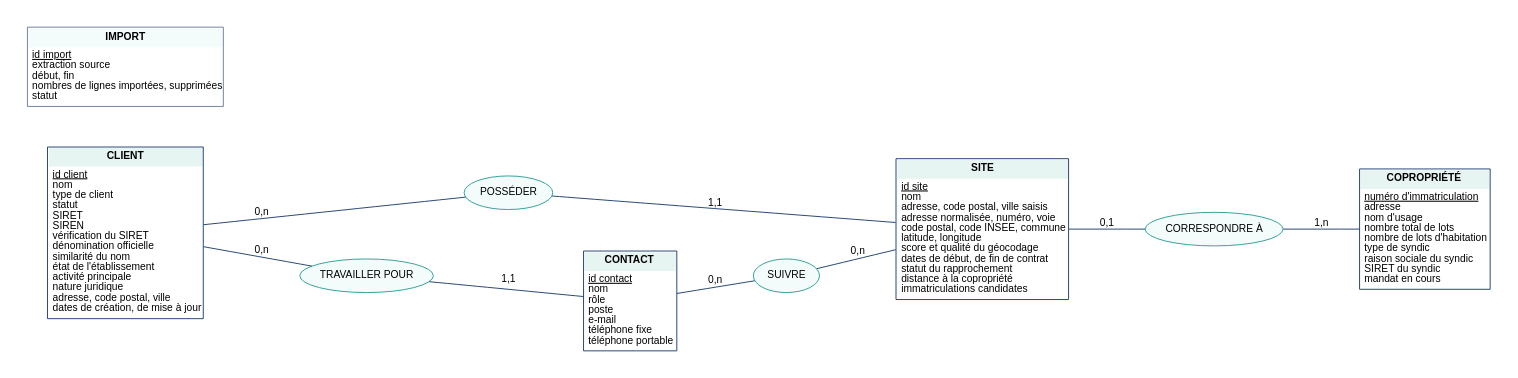
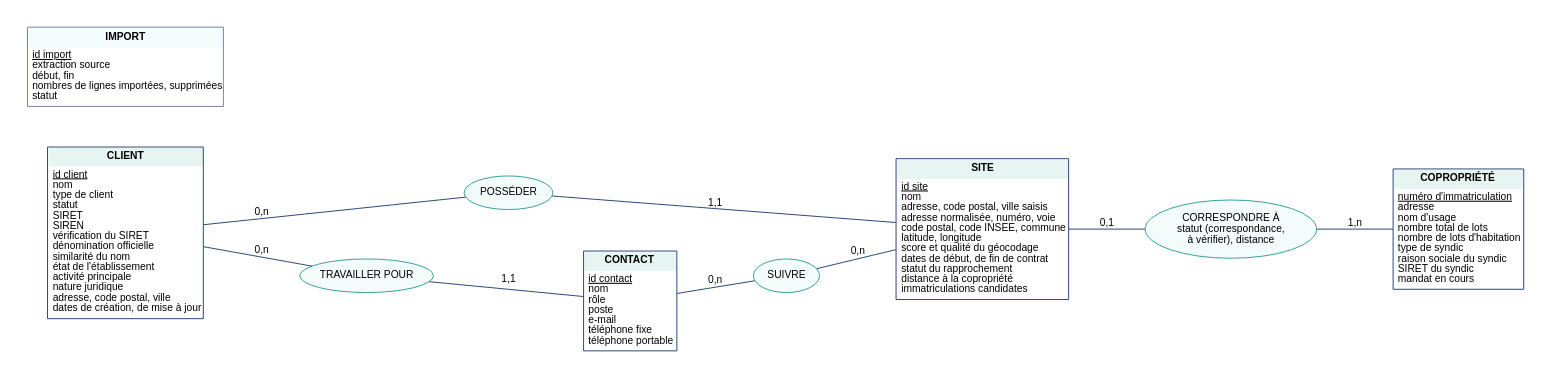
The diagram in docs/merise/mcd.dot (nexo-rncp37827/nexo-data-pipeline), drawn with Graphviz before and after one commit. The commit also changed 2 other files, not shown here.

```diff
--- a/docs/merise/mcd.dot
+++ b/docs/merise/mcd.dot
@@ -1,42 +1,42 @@
 // Modèle conceptuel des données (Merise) du référentiel clients — rendu : dot -Tpng mcd.dot -o mcd.png
 graph MCD {
   graph [rankdir=LR, fontname="Arial", nodesep=0.6, ranksep=0.9, pad=0.3, bgcolor="white"];
   node  [fontname="Arial", fontsize=11];
   edge  [fontname="Arial", fontsize=11, color="#1B3D6E"];
 
   CLIENT [shape=plain, label=<<table border="1" cellborder="0" cellspacing="0" cellpadding="4" color="#1B3D6E">
     <tr><td bgcolor="#E6F4F2"><b>CLIENT</b></td></tr>
     <tr><td align="left"><u>id client</u><br align="left"/>nom<br align="left"/>type de client<br align="left"/>statut<br align="left"/>SIRET<br align="left"/>SIREN<br align="left"/>vérification du SIRET<br align="left"/>dénomination officielle<br align="left"/>similarité du nom<br align="left"/>état de l'établissement<br align="left"/>activité principale<br align="left"/>nature juridique<br align="left"/>adresse, code postal, ville<br align="left"/>dates de création, de mise à jour<br align="left"/></td></tr></table>>];
 
   SITE [shape=plain, label=<<table border="1" cellborder="0" cellspacing="0" cellpadding="4" color="#1B3D6E">
     <tr><td bgcolor="#E6F4F2"><b>SITE</b></td></tr>
     <tr><td align="left"><u>id site</u><br align="left"/>nom<br align="left"/>adresse, code postal, ville saisis<br align="left"/>adresse normalisée, numéro, voie<br align="left"/>code postal, code INSEE, commune<br align="left"/>latitude, longitude<br align="left"/>score et qualité du géocodage<br align="left"/>dates de début, de fin de contrat<br align="left"/>statut du rapprochement<br align="left"/>distance à la copropriété<br align="left"/>immatriculations candidates<br align="left"/></td></tr></table>>];
 
   COPRO [shape=plain, label=<<table border="1" cellborder="0" cellspacing="0" cellpadding="4" color="#1B3D6E">
     <tr><td bgcolor="#E6F4F2"><b>COPROPRIÉTÉ</b></td></tr>
     <tr><td align="left"><u>numéro d'immatriculation</u><br align="left"/>adresse<br align="left"/>nom d'usage<br align="left"/>nombre total de lots<br align="left"/>nombre de lots d'habitation<br align="left"/>type de syndic<br align="left"/>raison sociale du syndic<br align="left"/>SIRET du syndic<br align="left"/>mandat en cours<br align="left"/></td></tr></table>>];
 
   CONTACT [shape=plain, label=<<table border="1" cellborder="0" cellspacing="0" cellpadding="4" color="#1B3D6E">
     <tr><td bgcolor="#E6F4F2"><b>CONTACT</b></td></tr>
     <tr><td align="left"><u>id contact</u><br align="left"/>nom<br align="left"/>rôle<br align="left"/>poste<br align="left"/>e-mail<br align="left"/>téléphone fixe<br align="left"/>téléphone portable<br align="left"/></td></tr></table>>];
 
   IMPORT [shape=plain, label=<<table border="1" cellborder="0" cellspacing="0" cellpadding="4" color="#6B7C9B">
     <tr><td bgcolor="#F4FCFB"><b>IMPORT</b></td></tr>
     <tr><td align="left"><u>id import</u><br align="left"/>extraction source<br align="left"/>début, fin<br align="left"/>nombres de lignes importées, supprimées<br align="left"/>statut<br align="left"/></td></tr></table>>];
 
   node [shape=ellipse, style=filled, fillcolor="#F4FCFB", color="#2A9D92"];
   POSSEDER [label="POSSÉDER"];
   TRAVAILLER [label="TRAVAILLER POUR"];
   SUIVRE [label="SUIVRE"];
-  CORRESPONDRE [label="CORRESPONDRE À"];
+  CORRESPONDRE [label="CORRESPONDRE À\nstatut (correspondance,\nà vérifier), distance"];
 
   CLIENT -- POSSEDER [label="0,n"];
   POSSEDER -- SITE [label="1,1"];
   CLIENT -- TRAVAILLER [label="0,n"];
   TRAVAILLER -- CONTACT [label="1,1"];
   CONTACT -- SUIVRE [label="0,n"];
   SUIVRE -- SITE [label="0,n"];
   SITE -- CORRESPONDRE [label="0,1"];
   CORRESPONDRE -- COPRO [label="1,n"];
   { rank=same; CLIENT; IMPORT; }
 }
```
